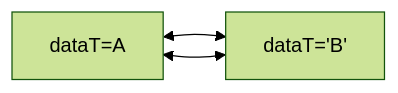
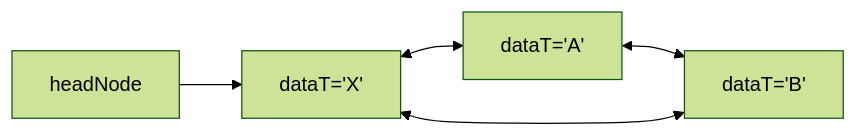
The diagram in all/未命名-10.md (YOAyes/iodraw-files), drawn with Mermaid (forest theme) before and after one commit.

Commit message:
2025-06-16 16:35:51 update

````diff
--- a/all/未命名-10.md
+++ b/all/未命名-10.md
@@ -1,6 +1,6 @@
 ```mermaid
 graph LR
-    A[dataT=A] <--> B[dataT='B']
-    B <--> A
-
+    X[dataT='X'] <--> A[dataT='A'] <--> B[dataT='B']
+    B <--> X
+    headNode-->X
 ```
````
